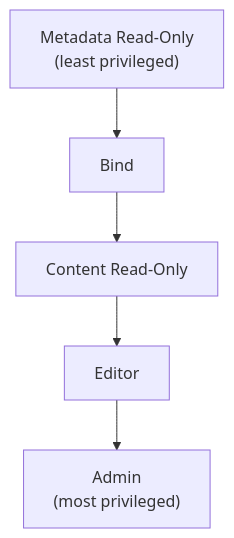
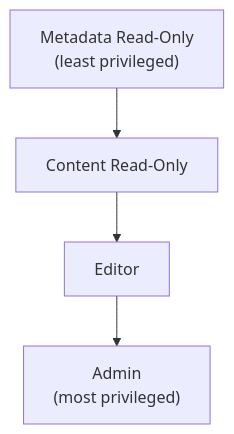
Before and after one commit to cloudflare/cloudflare-docs: the diagram in src/content/docs/workers/configuration/authorization.mdx, drawn with Mermaid. The commit also changed other lines of this file, not shown here.

Commit message:
clarify hierarchy

````diff
--- a/src/content/docs/workers/configuration/authorization.mdx
+++ b/src/content/docs/workers/configuration/authorization.mdx
@@ -35,7 +35,7 @@
 ```mermaid
 flowchart TD
-    A["Metadata Read-Only<br/>(least privileged)"] --> B["Bind"]
-    B --> C["Content Read-Only"]
-    C --> D["Editor"]
-    D --> E["Admin<br/>(most privileged)"]
+    classDef default text-align:center;
+    A["Metadata Read-Only<br/>(least privileged)"] --> B["Content Read-Only"]
+    B --> C["Editor"]
+    C --> D["Admin<br/>(most privileged)"]
 ```
````
